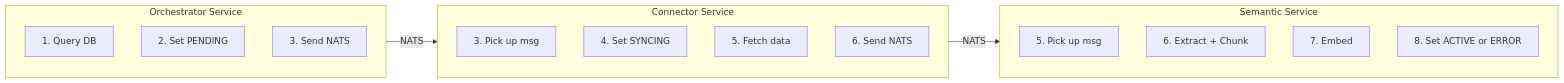
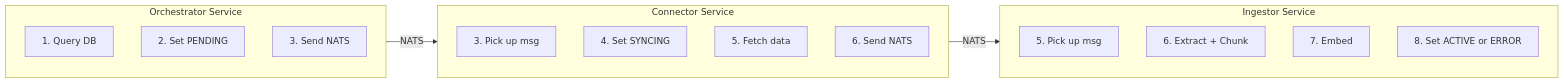
Before and after one commit to gen-mind/EchoMind: the first of 5 diagrams in docs/services/orchestrator-service.md, drawn with Mermaid. The commit also changed other lines of this file and 3 other files, not shown here.

Commit message:
migrating from semantic to ingestor

````diff
--- a/docs/services/orchestrator-service.md
+++ b/docs/services/orchestrator-service.md
@@ -28,25 +28,25 @@
 ```mermaid
 flowchart LR
     subgraph Orchestrator["Orchestrator Service"]
         S1[1. Query DB]
         S2[2. Set PENDING]
         S3[3. Send NATS]
     end
 
     subgraph Connector["Connector Service"]
         C1[3. Pick up msg]
         C2[4. Set SYNCING]
         C3[5. Fetch data]
         C4[6. Send NATS]
     end
 
-    subgraph Semantic["Semantic Service"]
+    subgraph Ingestor["Ingestor Service"]
         E1[5. Pick up msg]
         E2[6. Extract + Chunk]
         E3[7. Embed]
         E4[8. Set ACTIVE or ERROR]
     end
 
     Orchestrator -->|NATS| Connector
-    Connector -->|NATS| Semantic
+    Connector -->|NATS| Ingestor
 ```
````
